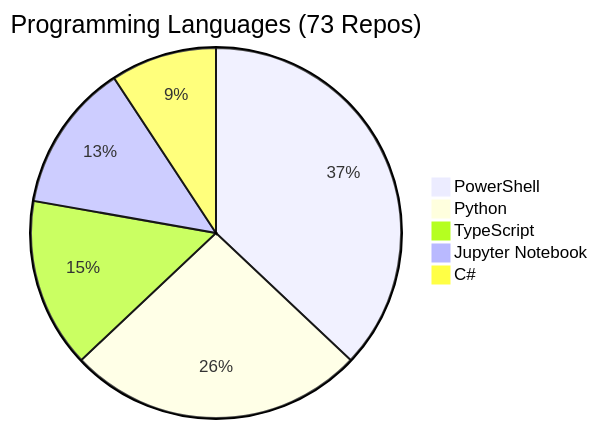
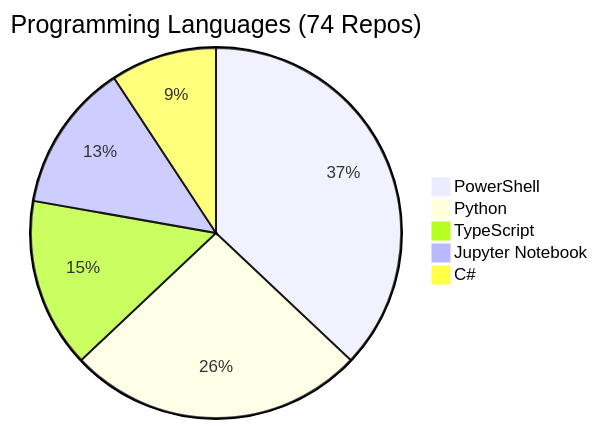
The diagram in REPOS.md (fabioc-aloha/fabioc-aloha), drawn with Mermaid before and after one commit. The commit also changed other lines of this file and 1 other file, not shown here.

````diff
--- a/REPOS.md
+++ b/REPOS.md
@@ -116,8 +117,8 @@
 ```mermaid
-pie title Programming Languages (73 Repos)
+pie title Programming Languages (74 Repos)
     "PowerShell" : 20
     "Python" : 14
     "TypeScript" : 8
     "Jupyter Notebook" : 7
     "C#" : 5
 ```
````
